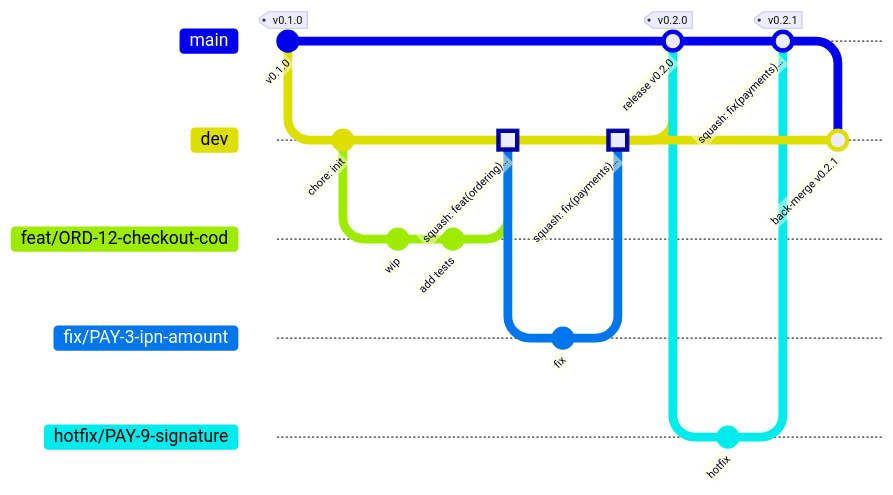
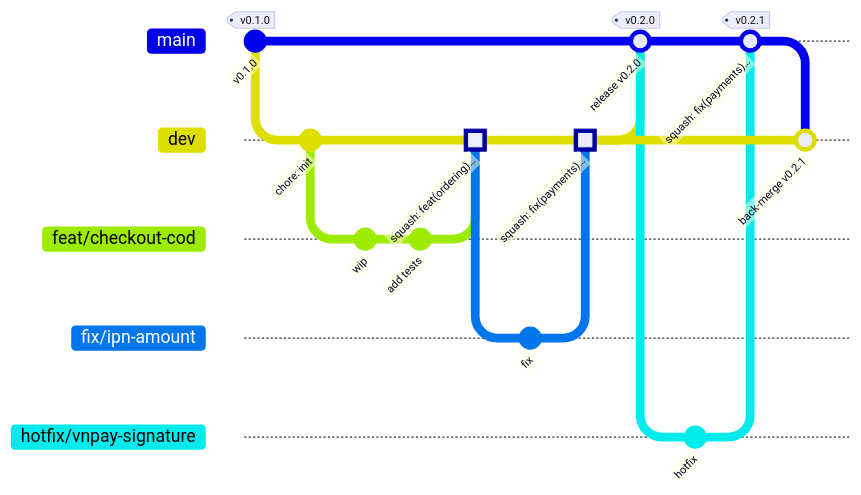
The diagram in docs/architecture/11-git-workflow.md (LuongCongThanh/boilerplate-ecommerce-next-16), drawn with Mermaid before and after one commit. The commit also changed other lines of this file and 8 other files, not shown here.

````diff
--- a/docs/architecture/11-git-workflow.md
+++ b/docs/architecture/11-git-workflow.md
@@ -8,27 +8,27 @@
 ```mermaid
 gitGraph
     commit id: "v0.1.0" tag: "v0.1.0"
     branch dev
     checkout dev
     commit id: "chore: init"
-    branch feat/ORD-12-checkout-cod
-    checkout feat/ORD-12-checkout-cod
+    branch feat/checkout-cod
+    checkout feat/checkout-cod
     commit id: "wip"
     commit id: "add tests"
     checkout dev
-    merge feat/ORD-12-checkout-cod id: "squash: feat(ordering)…" type: HIGHLIGHT
-    branch fix/PAY-3-ipn-amount
-    checkout fix/PAY-3-ipn-amount
+    merge feat/checkout-cod id: "squash: feat(ordering)…" type: HIGHLIGHT
+    branch fix/ipn-amount
+    checkout fix/ipn-amount
     commit id: "fix"
     checkout dev
-    merge fix/PAY-3-ipn-amount id: "squash: fix(payments)…" type: HIGHLIGHT
+    merge fix/ipn-amount id: "squash: fix(payments)…" type: HIGHLIGHT
     checkout main
     merge dev id: "release v0.2.0" tag: "v0.2.0"
-    branch hotfix/PAY-9-signature
-    checkout hotfix/PAY-9-signature
+    branch hotfix/vnpay-signature
+    checkout hotfix/vnpay-signature
     commit id: "hotfix"
     checkout main
-    merge hotfix/PAY-9-signature id: "squash: fix(payments)… " tag: "v0.2.1"
+    merge hotfix/vnpay-signature id: "squash: fix(payments)… " tag: "v0.2.1"
     checkout dev
     merge main id: "back-merge v0.2.1"
 ```
````
